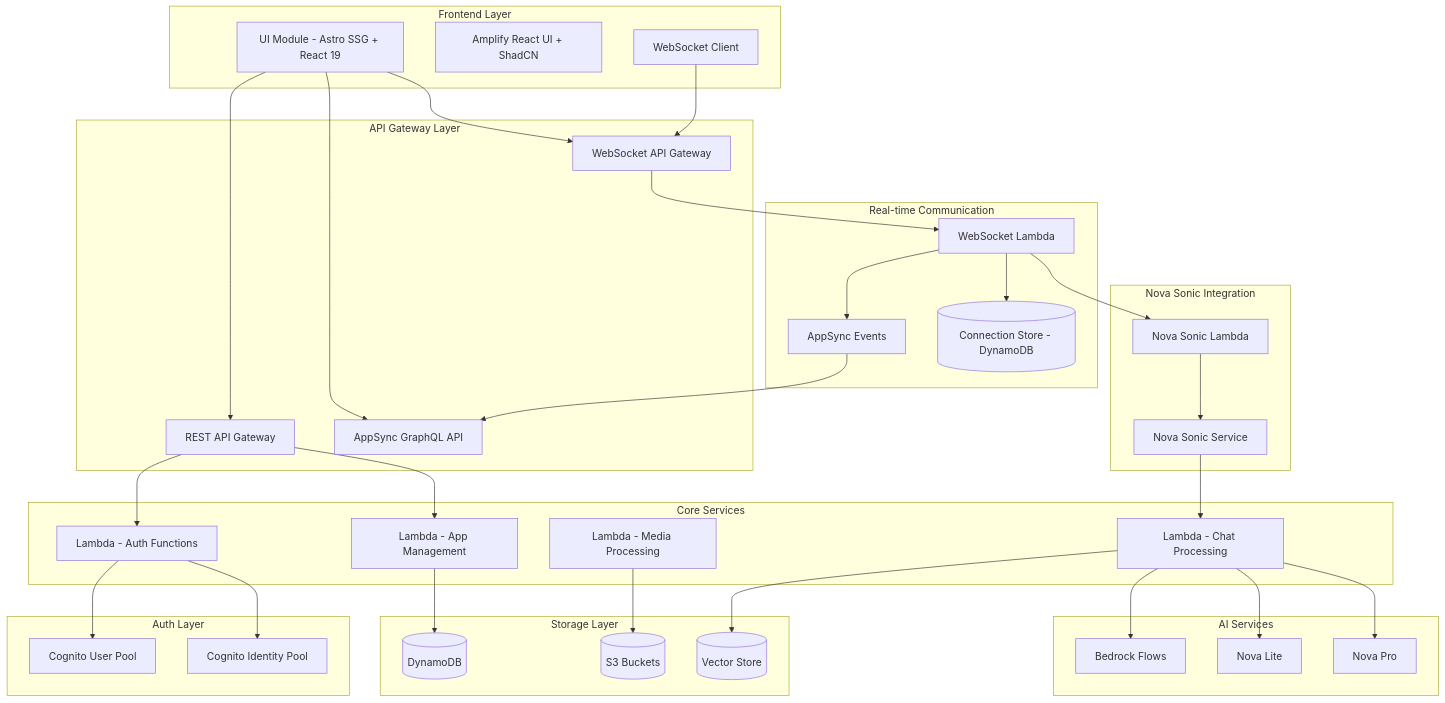
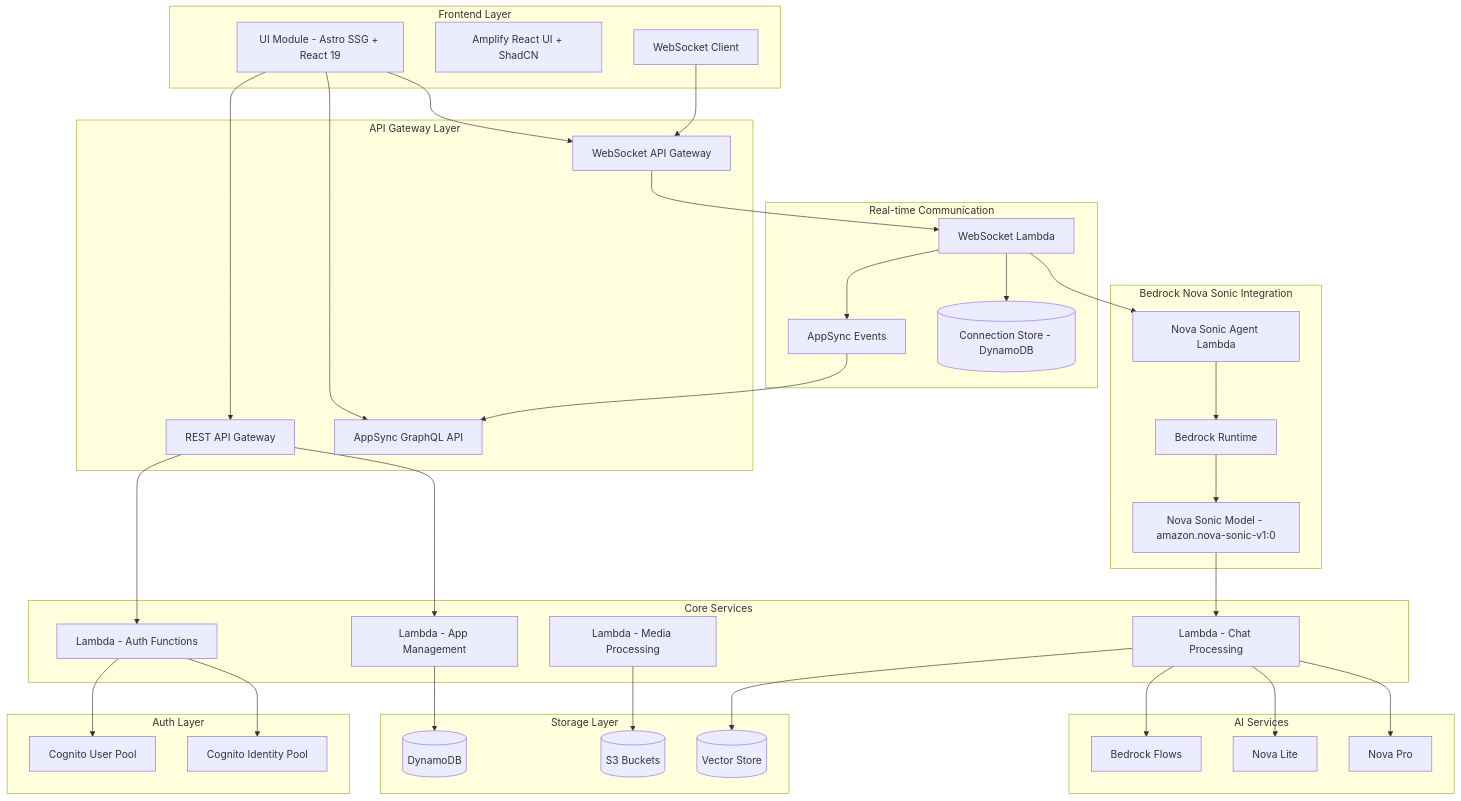
Before and after one commit to julianfrank/airium0: the first of 3 diagrams in .kiro/specs/ai-powered-groupware/design.md, drawn with Mermaid. The commit also changed other lines of this file and 23 other files, not shown here.

Commit message:
Task 7 Build Nova Sonic S2S

````diff
--- a/.kiro/specs/ai-powered-groupware/design.md
+++ b/.kiro/specs/ai-powered-groupware/design.md
@@ -13,71 +13,73 @@
 ```mermaid
 graph TB
     subgraph "Frontend Layer"
         UI[UI Module - Astro SSG + React 19]
         AmpUI[Amplify React UI + ShadCN]
         WS[WebSocket Client]
     end
     
     subgraph "API Gateway Layer"
         WSAPI[WebSocket API Gateway]
         RESTAPI[REST API Gateway]
         ASAPI[AppSync GraphQL API]
     end
     
     subgraph "Real-time Communication"
         WSL[WebSocket Lambda]
         ASE[AppSync Events]
         CONN[(Connection Store - DynamoDB)]
     end
     
-    subgraph "Nova Sonic Integration"
-        NSL[Nova Sonic Lambda]
-        NS[Nova Sonic Service]
+    subgraph "Bedrock Nova Sonic Integration"
+        NSL[Nova Sonic Agent Lambda]
+        BR[Bedrock Runtime]
+        NSM[Nova Sonic Model - amazon.nova-sonic-v1:0]
     end
     
     subgraph "Core Services"
         L1[Lambda - Auth Functions]
         L2[Lambda - App Management] 
         L3[Lambda - Chat Processing]
         L4[Lambda - Media Processing]
     end
     
     subgraph "AI Services"
         BF[Bedrock Flows]
         NL[Nova Lite]
         NP[Nova Pro]
     end
     
     subgraph "Storage Layer"
         DB[(DynamoDB)]
         S3[(S3 Buckets)]
         VS[(Vector Store)]
     end
     
     subgraph "Auth Layer"
         CUP[Cognito User Pool]
         CIP[Cognito Identity Pool]
     end
     
     UI --> WSAPI
     UI --> RESTAPI
     UI --> ASAPI
     WS --> WSAPI
     WSAPI --> WSL
     WSL --> CONN
     WSL --> ASE
     WSL --> NSL
     ASE --> ASAPI
-    NSL --> NS
-    NS --> L3
+    NSL --> BR
+    BR --> NSM
+    NSM --> L3
     RESTAPI --> L1
     RESTAPI --> L2
     L3 --> BF
     L3 --> NL
     L3 --> NP
     L1 --> CUP
     L1 --> CIP
     L2 --> DB
     L4 --> S3
     L3 --> VS
 ```
````
